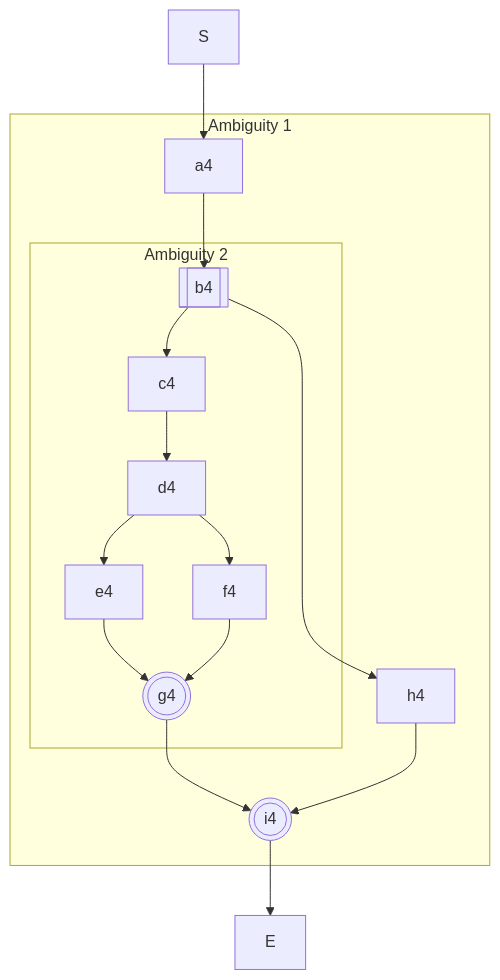
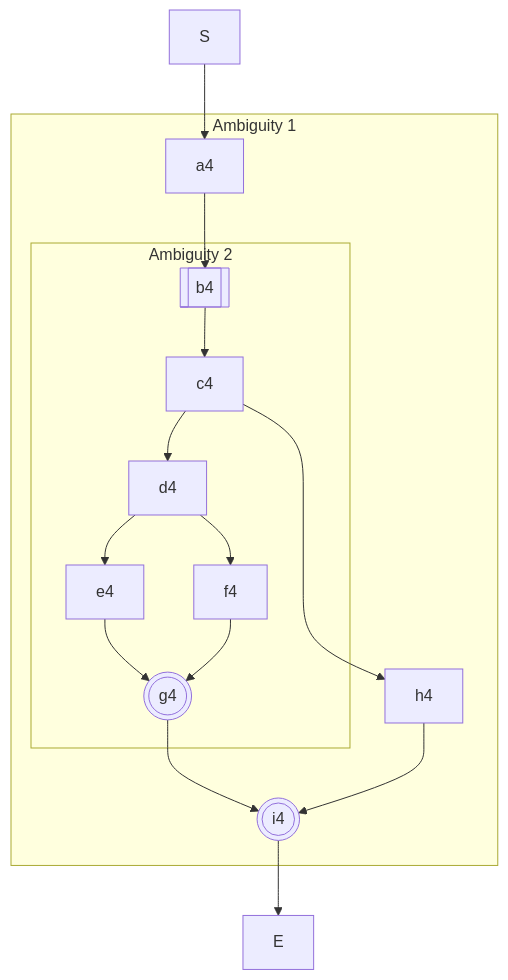
Diagram 17 of 17 in Blog/GLR-Refactoring/Mermaid.md (vczh-websites/vczh), drawn with Mermaid before and after one commit.

````diff
--- a/Blog/GLR-Refactoring/Mermaid.md
+++ b/Blog/GLR-Refactoring/Mermaid.md
@@ -290,13 +290,13 @@
 ```mermaid
 graph TD
   subgraph Ambiguity 1
     subgraph Ambiguity 2
       b4[[b4]]-->c4-->d4 --> e4 & f4-->g4(((g4)))
     end
     a4-->b4
-    b4-->h4
+    c4-->h4
     g4 & h4-->i4(((i4)))
   end
   S-->a4
   i4-->E
 ```
````
